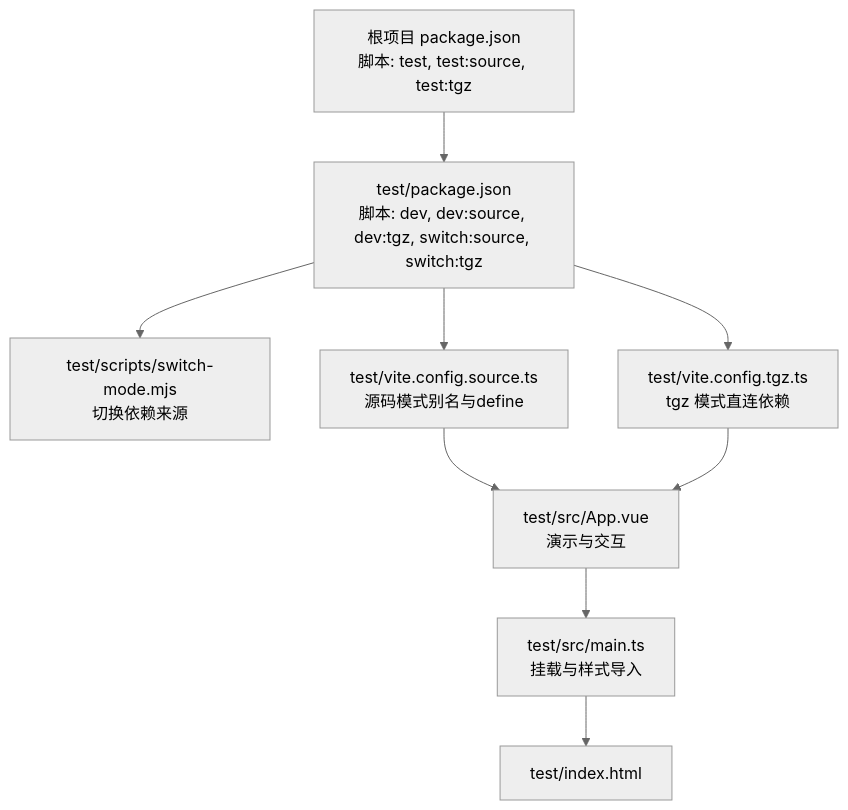
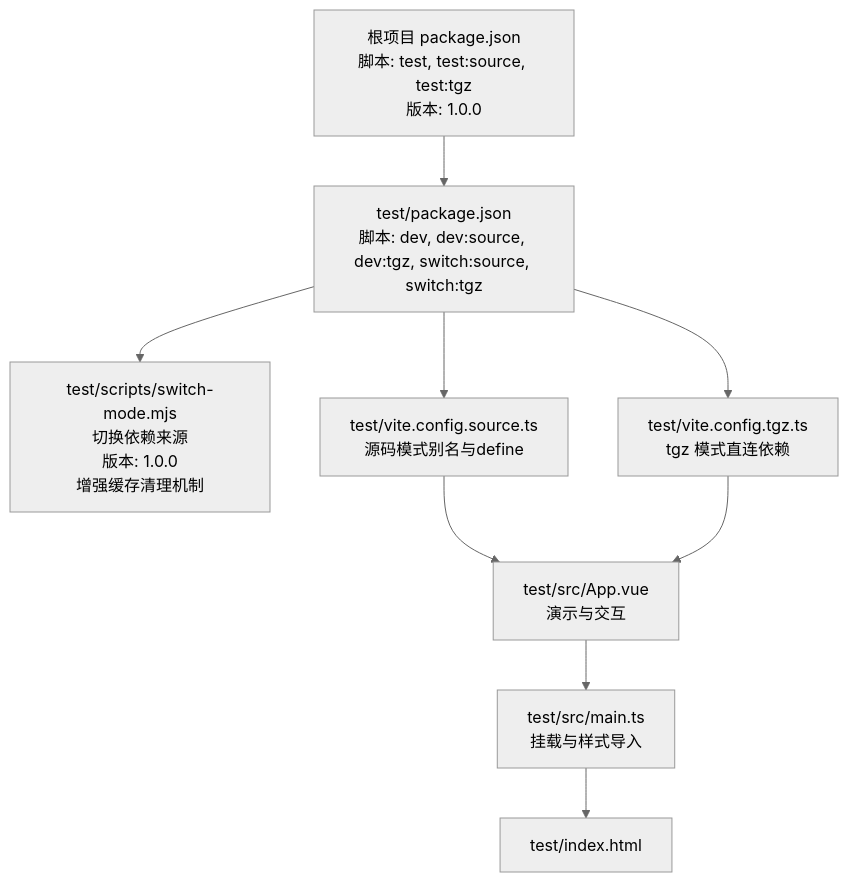
One commit to Easemob-Community/easemob-uikit-callkit-vue3 changed the first of 7 diagrams in .qoder/repowiki/zh/content/开发指南/测试指南.md. Above: the diagram before and after it, drawn with Mermaid (neutral theme). The commit also changed other lines of this file and 40 other files, not shown here.

````diff
--- a/.qoder/repowiki/zh/content/开发指南/测试指南.md
+++ b/.qoder/repowiki/zh/content/开发指南/测试指南.md
@@ -40,11 +52,11 @@
 ```mermaid
 graph TB
-RootPkg["根项目 package.json<br/>脚本: test, test:source, test:tgz"] --> TestPkg["test/package.json<br/>脚本: dev, dev:source, dev:tgz, switch:source, switch:tgz"]
-TestPkg --> Switch["test/scripts/switch-mode.mjs<br/>切换依赖来源"]
+RootPkg["根项目 package.json<br/>脚本: test, test:source, test:tgz<br/>版本: 1.0.0"] --> TestPkg["test/package.json<br/>脚本: dev, dev:source, dev:tgz, switch:source, switch:tgz"]
+TestPkg --> Switch["test/scripts/switch-mode.mjs<br/>切换依赖来源<br/>版本: 1.0.0<br/>增强缓存清理机制"]
 TestPkg --> ViteSrc["test/vite.config.source.ts<br/>源码模式别名与define"]
 TestPkg --> ViteTgz["test/vite.config.tgz.ts<br/>tgz 模式直连依赖"]
 ViteSrc --> AppVue["test/src/App.vue<br/>演示与交互"]
 ViteTgz --> AppVue
 AppVue --> MainTS["test/src/main.ts<br/>挂载与样式导入"]
 MainTS --> IndexHTML["test/index.html"]
 ```
````
